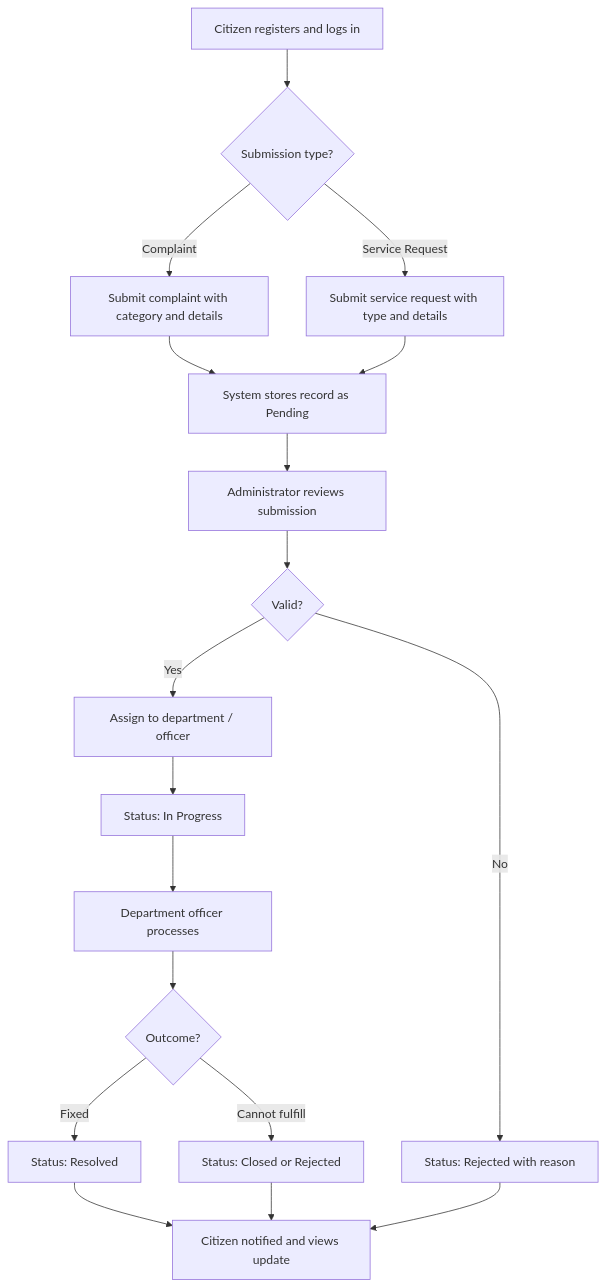
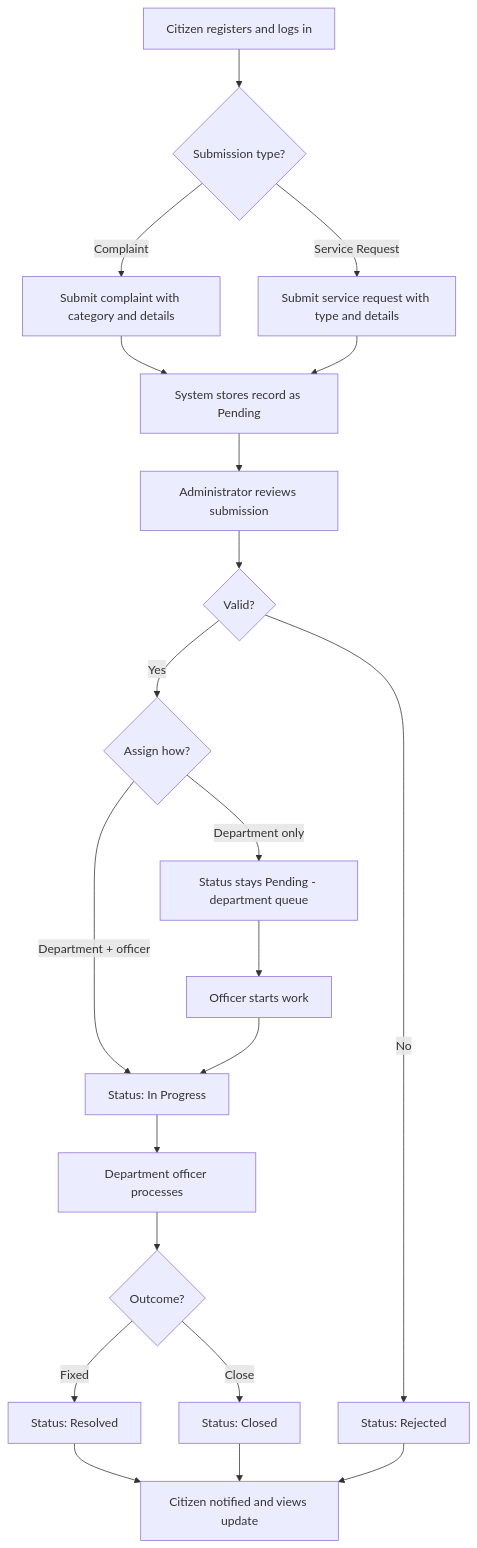
Before and after one commit to esmaelmohammed-ux/Adama-city-citizen-complaint-and-request-management-system: the fifth of 7 diagrams in Project_Proposal_Web_Based_Citizen_Complaint_and_Service_Request.md, drawn with Mermaid. The commit also changed other lines of this file and 116 other files, not shown here.

````diff
--- a/Project_Proposal_Web_Based_Citizen_Complaint_and_Service_Request.md
+++ b/Project_Proposal_Web_Based_Citizen_Complaint_and_Service_Request.md
@@ -487,20 +700,23 @@
 ```mermaid
 flowchart TD
     A[Citizen registers and logs in] --> B{Submission type?}
     B -->|Complaint| C[Submit complaint with category and details]
     B -->|Service Request| D[Submit service request with type and details]
     C --> E[System stores record as Pending]
     D --> E
     E --> F[Administrator reviews submission]
     F --> G{Valid?}
-    G -->|No| H[Status: Rejected with reason]
-    G -->|Yes| I[Assign to department / officer]
-    I --> J[Status: In Progress]
-    J --> K[Department officer processes]
-    K --> L{Outcome?}
-    L -->|Fixed| M[Status: Resolved]
-    L -->|Cannot fulfill| N[Status: Closed or Rejected]
-    M --> O[Citizen notified and views update]
-    N --> O
-    H --> O
+    G -->|No| H[Status: Rejected]
+    G -->|Yes| I{Assign how?}
+    I -->|Department only| J[Status stays Pending - department queue]
+    I -->|Department + officer| K[Status: In Progress]
+    J --> L[Officer starts work]
+    L --> K
+    K --> M[Department officer processes]
+    M --> N{Outcome?}
+    N -->|Fixed| O[Status: Resolved]
+    N -->|Close| P[Status: Closed]
+    O --> Q[Citizen notified and views update]
+    P --> Q
+    H --> Q
 ```
````
